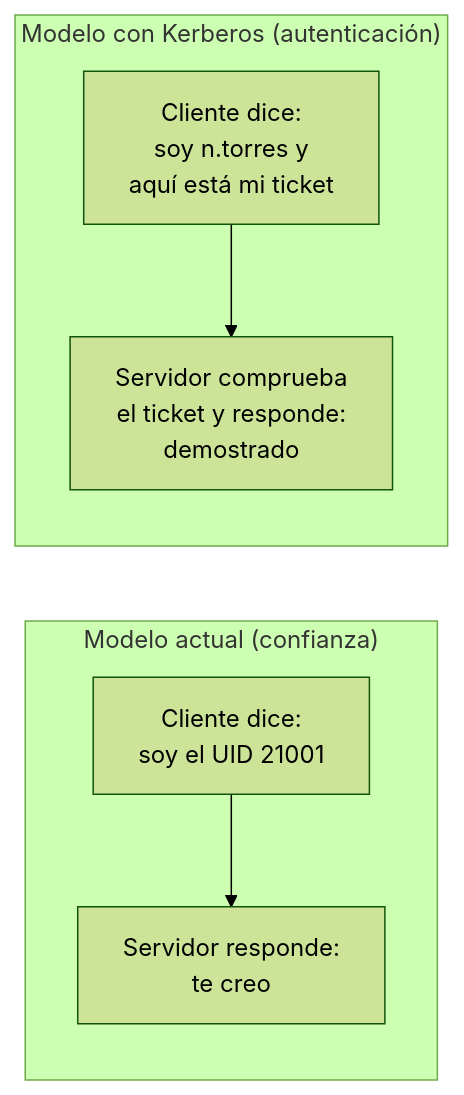
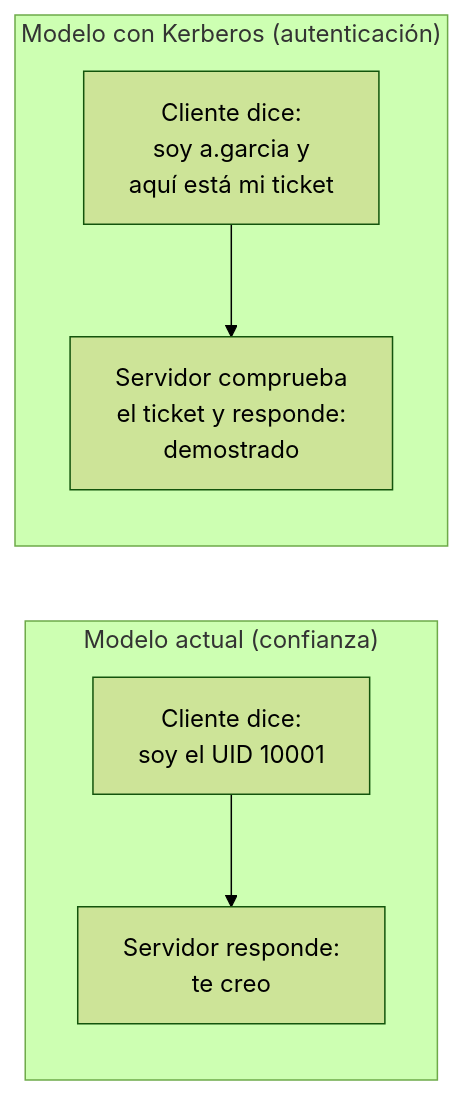
One commit to martin2745/curso-linux changed the third of 8 diagrams in sistemas_operativos_en_red/04_seguridad_del_escenario_y_kerberos.md. Above: the diagram before and after it, drawn with Mermaid (forest theme). The commit also changed other lines of this file and 11 other files, not shown here.

````diff
--- a/sistemas_operativos_en_red/04_seguridad_del_escenario_y_kerberos.md
+++ b/sistemas_operativos_en_red/04_seguridad_del_escenario_y_kerberos.md
@@ -183,9 +183,9 @@
 ```mermaid
 flowchart LR
     subgraph AHORA["Modelo actual (confianza)"]
-        A1["Cliente dice:<br>soy el UID 21001"] --> A2["Servidor responde:<br>te creo"]
+        A1["Cliente dice:<br>soy el UID 10001"] --> A2["Servidor responde:<br>te creo"]
     end
     subgraph KRB["Modelo con Kerberos (autenticación)"]
-        K1["Cliente dice:<br>soy n.torres y<br>aquí está mi ticket"] --> K2["Servidor comprueba<br>el ticket y responde:<br>demostrado"]
+        K1["Cliente dice:<br>soy a.garcia y<br>aquí está mi ticket"] --> K2["Servidor comprueba<br>el ticket y responde:<br>demostrado"]
     end
 ```
````
